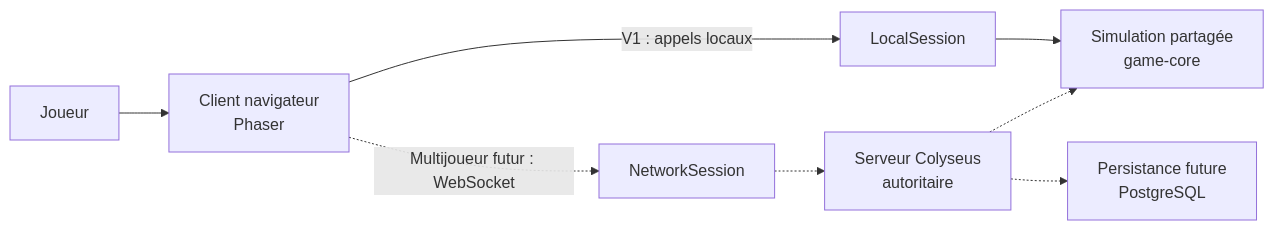
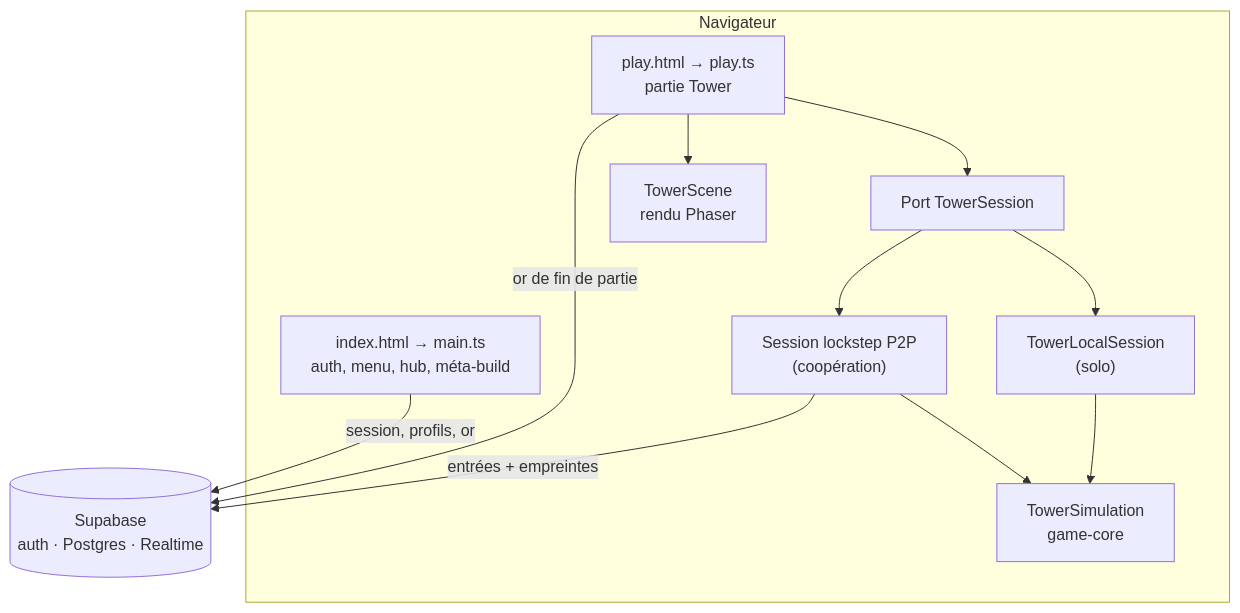
Before and after one commit to Gayar78/village-survivor: the diagram in docs/architecture/overview.md, drawn with Mermaid. The commit also changed other lines of this file and 15 other files, not shown here.

````diff
--- a/docs/architecture/overview.md
+++ b/docs/architecture/overview.md
@@ -30,10 +18,16 @@
 ```mermaid
-flowchart LR
-    Player["Joueur"] --> Browser["Client navigateur\nPhaser"]
-    Browser -->|"V1 : appels locaux"| Local["LocalSession"]
-    Local --> Core["Simulation partagée\ngame-core"]
-    Browser -.->|"Multijoueur futur : WebSocket"| Network["NetworkSession"]
-    Network -.-> Server["Serveur Colyseus\nautoritaire"]
-    Server -.-> Core
-    Server -.-> Persistence["Persistance future\nPostgreSQL"]
+flowchart TD
+    subgraph Navigateur
+      Lobby["index.html → main.ts\nauth, menu, hub, méta-build"]
+      Jeu["play.html → play.ts\npartie Tower"]
+      Jeu --> Port["Port TowerSession"]
+      Port --> Local["TowerLocalSession\n(solo)"]
+      Port --> Coop["Session lockstep P2P\n(coopération)"]
+      Local --> Core["TowerSimulation\ngame-core"]
+      Coop --> Core
+      Jeu --> Scene["TowerScene\nrendu Phaser"]
+    end
+    Lobby -->|"session, profils, or"| Supabase[("Supabase\nauth · Postgres · Realtime")]
+    Coop -->|"entrées + empreintes"| Supabase
+    Jeu -->|"or de fin de partie"| Supabase
 ```
````
